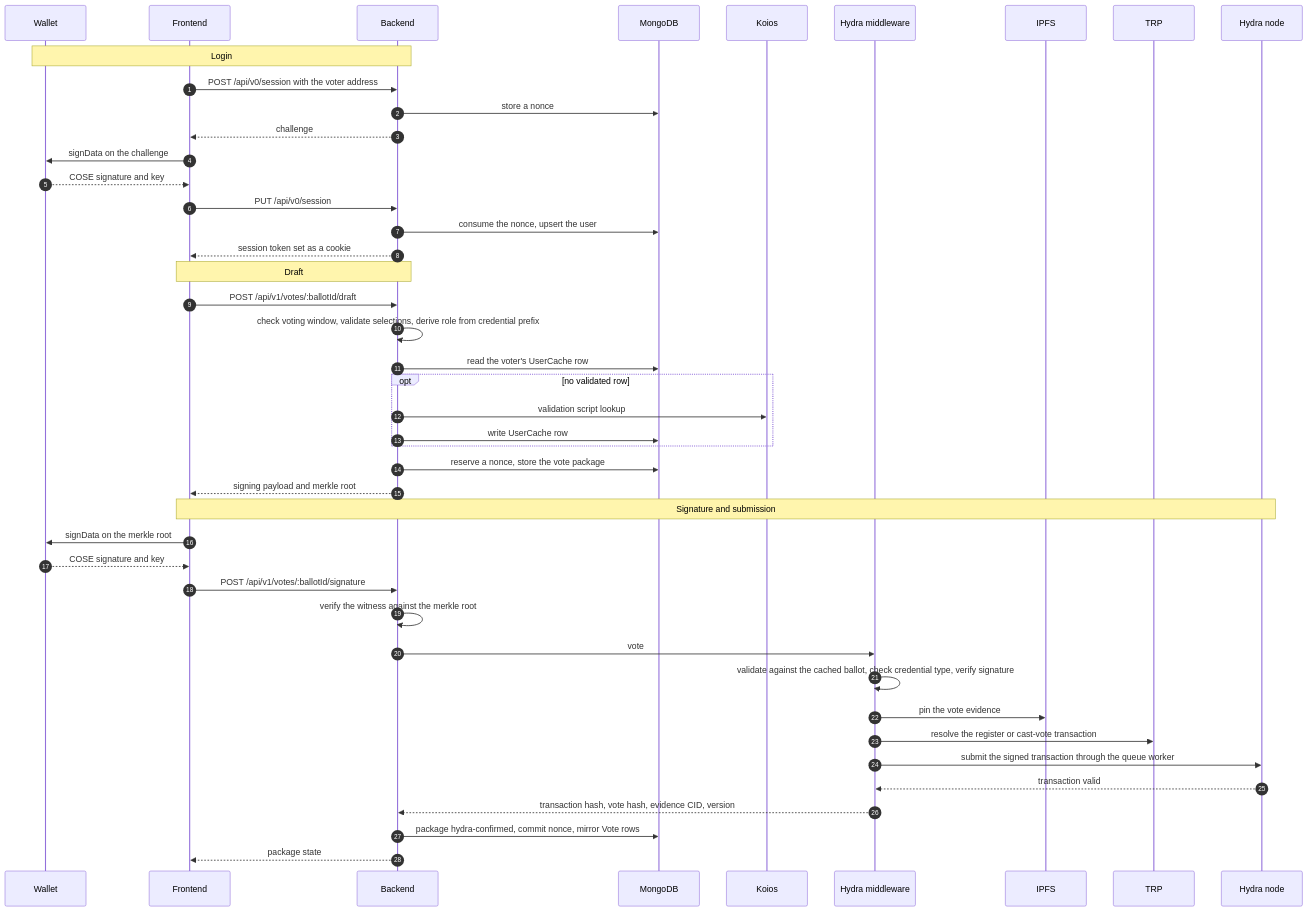
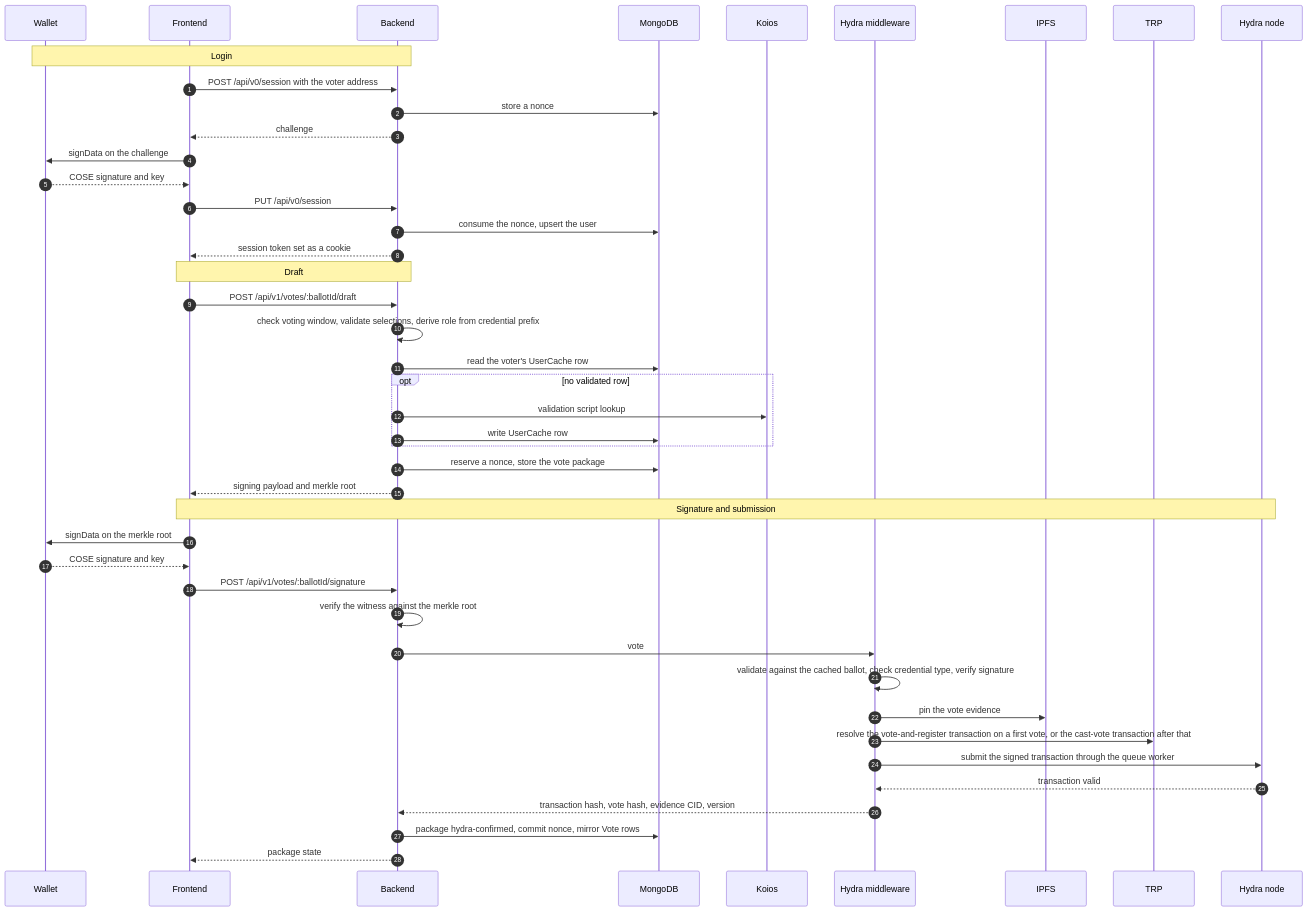
One commit to lerna-labs/ekklesia-docs changed the sixth of 7 diagrams in flowcharts/index.md. Above: the diagram before and after it, drawn with Mermaid. The commit also changed other lines of this file and 1 other file, not shown here.

Commit message:
Address review: remove innerHTML sink, correct Koios, helpers, vote and totals claims

````diff
--- a/flowcharts/index.md
+++ b/flowcharts/index.md
@@ -301,49 +310,49 @@
 ```mermaid
 sequenceDiagram
   autonumber
   participant W as Wallet
   participant F as Frontend
   participant B as Backend
   participant M as MongoDB
   participant K as Koios
   participant H as Hydra middleware
   participant I as IPFS
   participant T as TRP
   participant N as Hydra node
 
   Note over W,B: Login
   F->>B: POST /api/v0/session with the voter address
   B->>M: store a nonce
   B-->>F: challenge
   F->>W: signData on the challenge
   W-->>F: COSE signature and key
   F->>B: PUT /api/v0/session
   B->>M: consume the nonce, upsert the user
   B-->>F: session token set as a cookie
 
   Note over F,B: Draft
   F->>B: POST /api/v1/votes/:ballotId/draft
   B->>B: check voting window, validate selections, derive role from credential prefix
   B->>M: read the voter's UserCache row
   opt no validated row
     B->>K: validation script lookup
     B->>M: write UserCache row
   end
   B->>M: reserve a nonce, store the vote package
   B-->>F: signing payload and merkle root
 
   Note over F,N: Signature and submission
   F->>W: signData on the merkle root
   W-->>F: COSE signature and key
   F->>B: POST /api/v1/votes/:ballotId/signature
   B->>B: verify the witness against the merkle root
   B->>H: vote
   H->>H: validate against the cached ballot, check credential type, verify signature
   H->>I: pin the vote evidence
-  H->>T: resolve the register or cast-vote transaction
+  H->>T: resolve the vote-and-register transaction on a first vote, or the cast-vote transaction after that
   H->>N: submit the signed transaction through the queue worker
   N-->>H: transaction valid
   H-->>B: transaction hash, vote hash, evidence CID, version
   B->>M: package hydra-confirmed, commit nonce, mirror Vote rows
   B-->>F: package state
 ```
````
